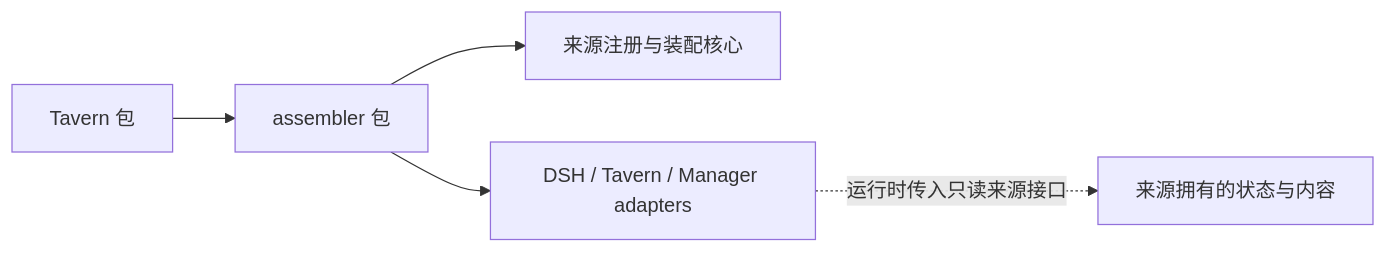
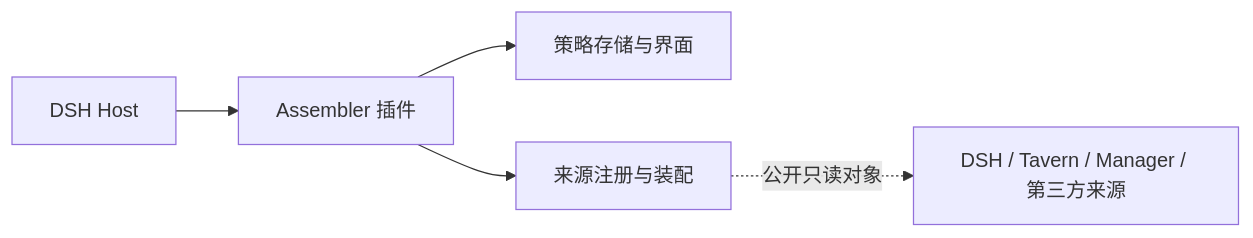
The diagram in README.md (Player-MINEPIG/dsh-prompt-assembler), drawn with Mermaid before and after one commit. The commit also changed other lines of this file and 9 other files, not shown here.

Commit message:
docs: document standalone assembler 0.2.0 plugin

````diff
--- a/README.md
+++ b/README.md
@@ -23,7 +23,7 @@
 ```mermaid
 flowchart LR
-  Tavern[Tavern 包] --> Assembler[assembler 包]
-  Assembler --> Core[来源注册与装配核心]
-  Assembler --> Adapters[DSH / Tavern / Manager adapters]
-  Adapters -.运行时传入只读来源接口.-> Sources[来源拥有的状态与内容]
+  Host[DSH Host] --> Plugin[Assembler 插件]
+  Plugin --> Store[策略存储与界面]
+  Plugin --> Registry[来源注册与装配]
+  Registry -.公开只读对象.-> Sources[DSH / Tavern / Manager / 第三方来源]
 ```
````
